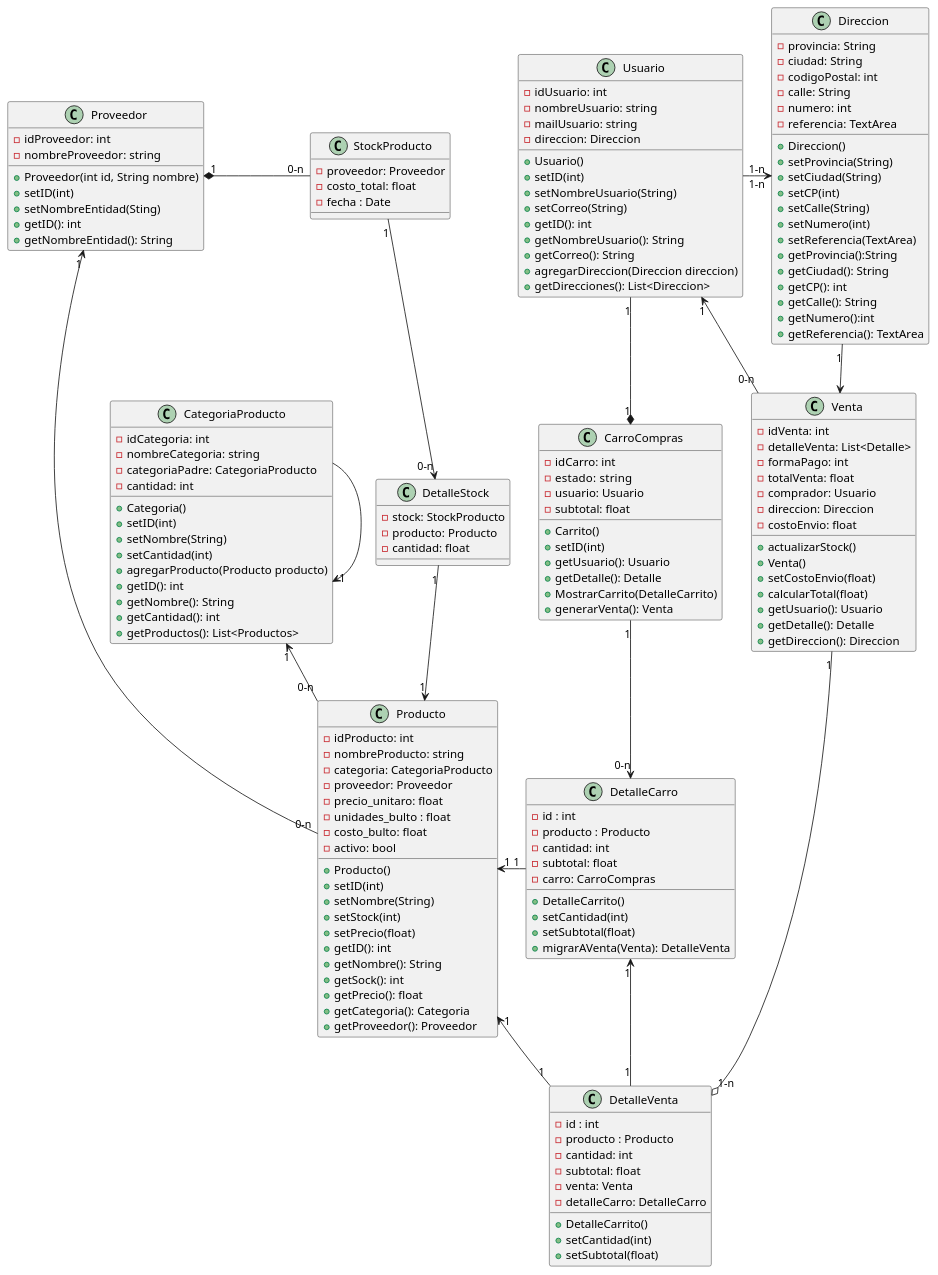
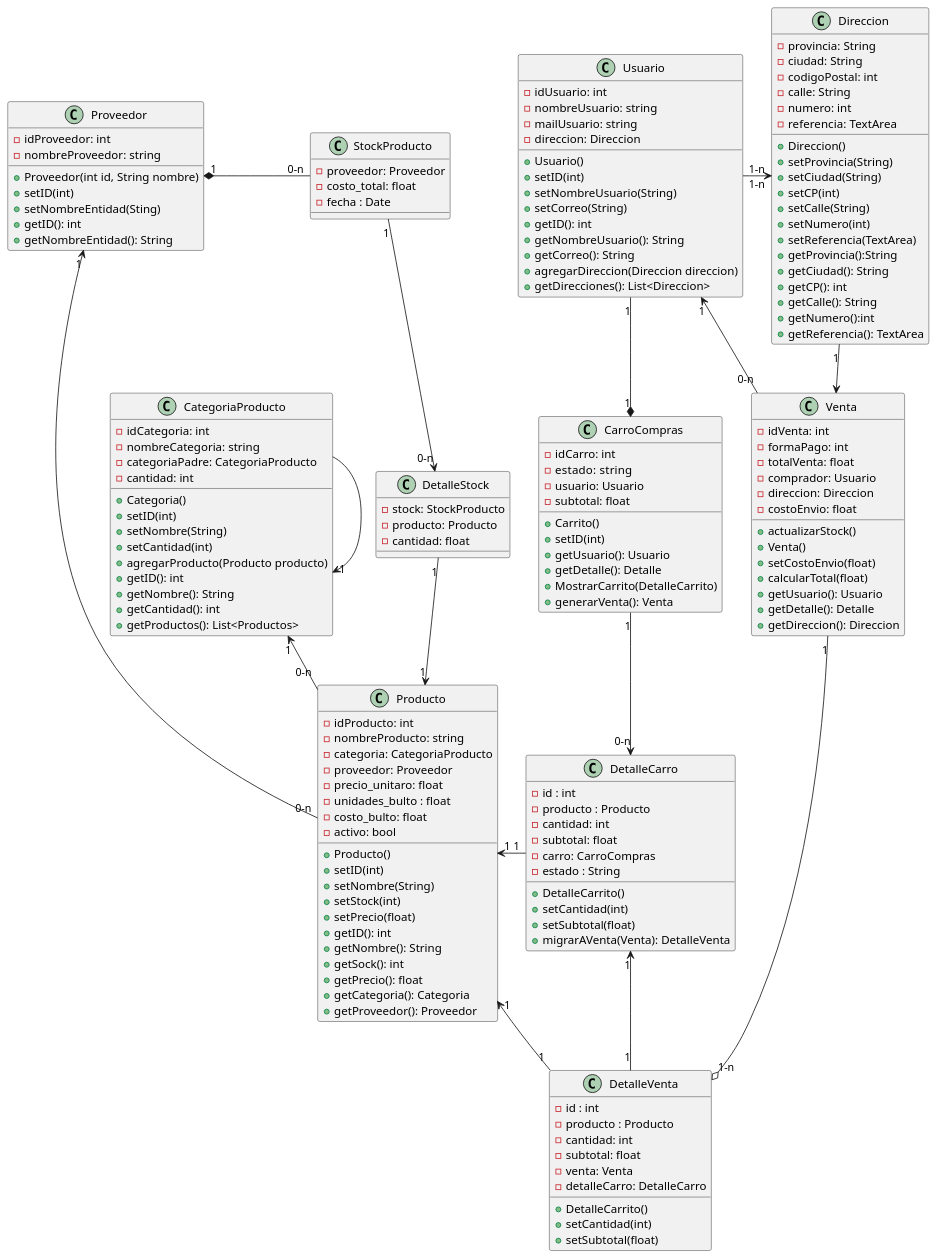
One commit to tomaslicenciado/Lab4_E-comerce changed the diagram in DiagramaDeClases-Final.puml. Above: the diagram before and after it, drawn with PlantUML. The commit also changed 35 other files, not shown here.

```diff
--- a/DiagramaDeClases-Final.puml
+++ b/DiagramaDeClases-Final.puml
@@ -1,187 +1,187 @@
 @startuml Class Diagram
 
 class CategoriaProducto{
     - idCategoria: int
     - nombreCategoria: string
     - categoriaPadre: CategoriaProducto
     - cantidad: int
 
 
     + Categoria()
     + setID(int)
     + setNombre(String)
     + setCantidad(int)
     + agregarProducto(Producto producto)
     + getID(): int
     + getNombre(): String
     + getCantidad(): int
     + getProductos(): List<Productos>
 
 }
 
 class Proveedor{
     - idProveedor: int
     - nombreProveedor: string
 
     + Proveedor(int id, String nombre)
     + setID(int)
     + setNombreEntidad(Sting)
     + getID(): int
     + getNombreEntidad(): String
 
 
 }
 
 class Producto{
     - idProducto: int
     - nombreProducto: string
     - categoria: CategoriaProducto
     - proveedor: Proveedor
     - precio_unitaro: float
     - unidades_bulto : float
     - costo_bulto: float
     - activo: bool
 
     + Producto()
     + setID(int)
     + setNombre(String)
     + setStock(int)
     + setPrecio(float)
     + getID(): int
     + getNombre(): String
     + getSock(): int
     + getPrecio(): float
     + getCategoria(): Categoria
     + getProveedor(): Proveedor
 }
 
 class CarroCompras{
     - idCarro: int
     - estado:  string
     - usuario: Usuario
     - subtotal: float
 
     + Carrito()
     + setID(int)
     + getUsuario(): Usuario
     + getDetalle(): Detalle
     + MostrarCarrito(DetalleCarrito)
     + generarVenta(): Venta
 
 }
 
 class Usuario{
     - idUsuario: int
     - nombreUsuario: string
     - mailUsuario: string
     - direccion: Direccion
 
     + Usuario()
     + setID(int)
     + setNombreUsuario(String)
     + setCorreo(String)
     + getID(): int
     + getNombreUsuario(): String
     + getCorreo(): String
     + agregarDireccion(Direccion direccion)
     + getDirecciones(): List<Direccion>
 
 }
 class Direccion{
     - provincia: String
     - ciudad: String
     - codigoPostal: int
     - calle: String
     - numero: int
     - referencia: TextArea
 
     + Direccion()
     + setProvincia(String)
     + setCiudad(String)
     + setCP(int)
     + setCalle(String)
     + setNumero(int)
     + setReferencia(TextArea)
     + getProvincia():String
     + getCiudad(): String
     + getCP(): int
     + getCalle(): String
     + getNumero():int
     + getReferencia(): TextArea
 
 
 }
 
 class DetalleVenta{
     - id : int
     - producto : Producto
     - cantidad: int
     - subtotal: float
     - venta: Venta
     - detalleCarro: DetalleCarro
 
     + DetalleCarrito()
     + setCantidad(int)
     + setSubtotal(float)
 }
 
 class DetalleCarro{
     - id : int
     - producto : Producto
     - cantidad: int
     - subtotal: float
     - carro: CarroCompras
+    - estado : String
 
     + DetalleCarrito()
     + setCantidad(int)
     + setSubtotal(float)
     + migrarAVenta(Venta): DetalleVenta
 }
 
 class StockProducto{
     - proveedor: Proveedor
     - costo_total: float
     - fecha : Date
 }
 
 class DetalleStock{
     - stock: StockProducto
     - producto: Producto
     - cantidad: float
 }
 
 class Venta{
     - idVenta: int
-    - detalleVenta: List<Detalle>
     - formaPago: int
     - totalVenta: float
     - comprador: Usuario
     - direccion: Direccion
     - costoEnvio: float
 
     + actualizarStock()
     + Venta()
     + setCostoEnvio(float)
     + calcularTotal(float)
     + getUsuario(): Usuario
     + getDetalle(): Detalle
     + getDireccion(): Direccion
 }
 
 StockProducto "0-n" --left--* "1" Proveedor
 CategoriaProducto --> "1" CategoriaProducto
 Producto "0-n" -up-> "1" CategoriaProducto
 Producto "0-n" -up-> "1" Proveedor
 CarroCompras "1" --> "0-n" DetalleCarro
 Usuario "1" --* "1" CarroCompras
 Usuario "1" <-- "0-n" Venta
 Usuario "1-n" -right-> "1-n" Direccion
 DetalleVenta "1" -up-> "1" Producto
 DetalleCarro "1" -left-> "1" Producto
 Venta "1" --o "1-n" DetalleVenta
 Direccion "1" --> Venta
 StockProducto "1" -down-> "0-n" DetalleStock
 DetalleStock "1" -down-> "1" Producto
 DetalleCarro "1" <-down- "1" DetalleVenta
 
 @enduml
```
